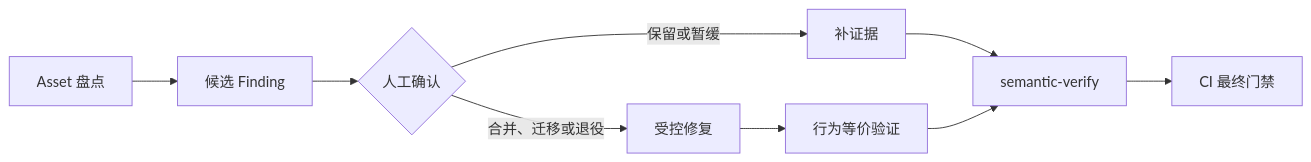
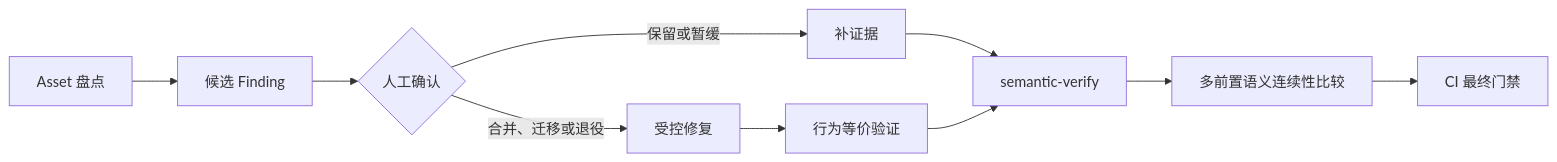
The second of 3 diagrams in docs/concepts.md (EchoYue-lp/echo-semantic), drawn with Mermaid before and after one commit. The commit also changed other lines of this file and 38 other files, not shown here.

````diff
--- a/docs/concepts.md
+++ b/docs/concepts.md
@@ -16,11 +16,12 @@
 ```mermaid
 flowchart LR
   Inventory[Asset 盘点] --> Candidate[候选 Finding]
   Candidate --> Decision{人工确认}
   Decision -- 保留或暂缓 --> Evidence[补证据]
   Decision -- 合并、迁移或退役 --> Repair[受控修复]
   Repair --> Equivalence[行为等价验证]
   Evidence --> Verify[semantic-verify]
   Equivalence --> Verify
-  Verify --> CI[CI 最终门禁]
+  Verify --> Continuity[多前置语义连续性比较]
+  Continuity --> CI[CI 最终门禁]
 ```
````
